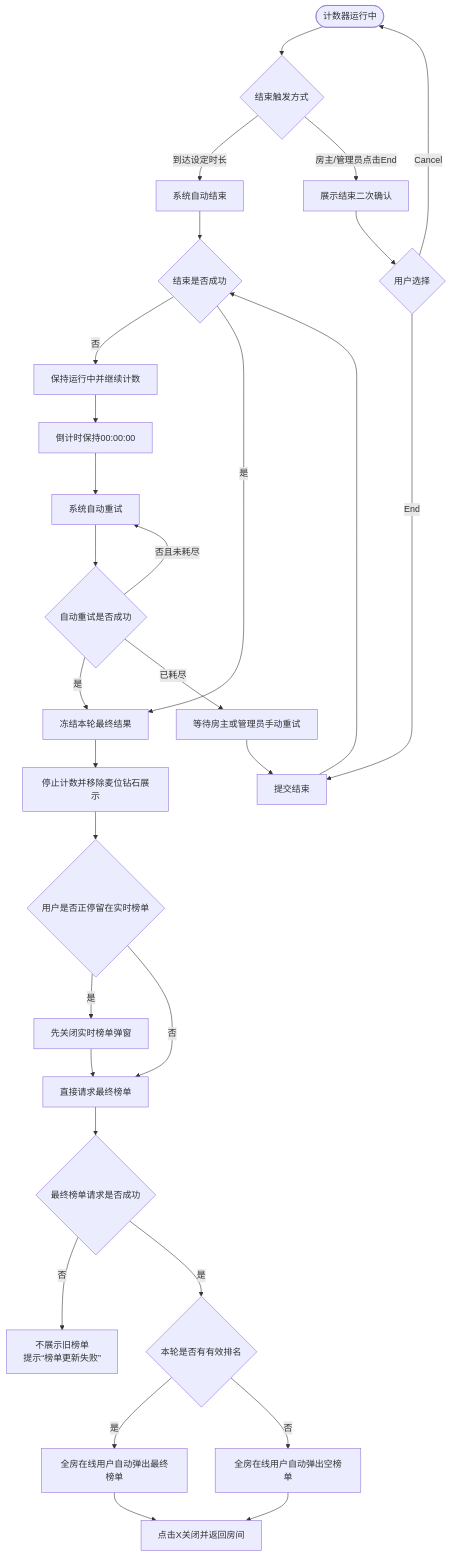
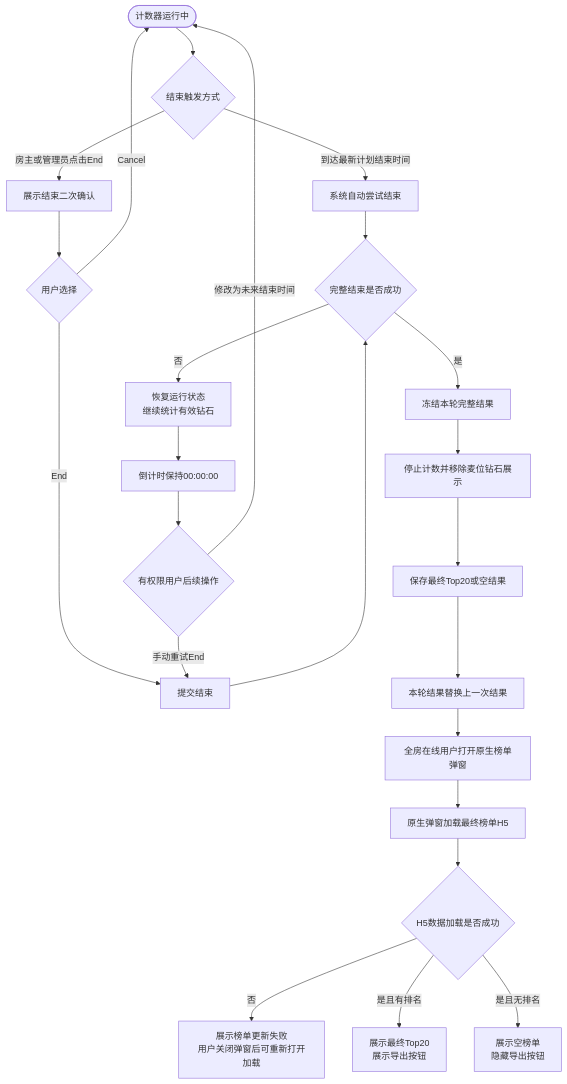
Before and after one commit to Chawucikela/TOP-KHALIJ: the sixth of 8 diagrams in 钻石计数器/钻石计数器_业务流程图.md, drawn with Mermaid. The commit also changed other lines of this file and 16 other files, not shown here.

````diff
--- a/钻石计数器/钻石计数器_业务流程图.md
+++ b/钻石计数器/钻石计数器_业务流程图.md
@@ -135,38 +235,29 @@
 ```mermaid
 flowchart TD
     A([计数器运行中]) --> B{结束触发方式}
-    B -- 到达设定时长 --> C[系统自动结束]
-    B -- 房主/管理员点击End --> D[展示结束二次确认]
+    B -- 到达最新计划结束时间 --> C[系统自动尝试结束]
+    B -- 房主或管理员点击End --> D[展示结束二次确认]
 
     D --> E{用户选择}
     E -- Cancel --> A
     E -- End --> F[提交结束]
-    C --> G{结束是否成功}
+    C --> G{完整结束是否成功}
     F --> G
 
-    G -- 否 --> H[保持运行中并继续计数]
+    G -- 否 --> H[恢复运行状态<br/>继续统计有效钻石]
     H --> I[倒计时保持00:00:00]
-    I --> J[系统自动重试]
-    J --> K{自动重试是否成功}
-    K -- 是 --> L[冻结本轮最终结果]
-    K -- 否且未耗尽 --> J
-    K -- 已耗尽 --> M[等待房主或管理员手动重试]
-    M --> F
+    I --> J{有权限用户后续操作}
+    J -- 手动重试End --> F
+    J -- 修改为未来结束时间 --> A
 
-    G -- 是 --> L
-    L --> N[停止计数并移除麦位钻石展示]
-    N --> O{用户是否正停留在实时榜单}
-
-    O -- 是 --> P[先关闭实时榜单弹窗]
-    O -- 否 --> Q[直接请求最终榜单]
-    P --> Q
-
-    Q --> R{最终榜单请求是否成功}
-    R -- 否 --> S[不展示旧榜单<br/>提示“榜单更新失败”]
-    R -- 是 --> T{本轮是否有有效排名}
-
-    T -- 是 --> U[全房在线用户自动弹出最终榜单]
-    T -- 否 --> V[全房在线用户自动弹出空榜单]
-    U --> W[点击X关闭并返回房间]
-    V --> W
+    G -- 是 --> K[冻结本轮完整结果]
+    K --> L[停止计数并移除麦位钻石展示]
+    L --> M[保存最终Top20或空结果]
+    M --> N[本轮结果替换上一次结果]
+    N --> O[全房在线用户打开原生榜单弹窗]
+    O --> P[原生弹窗加载最终榜单H5]
+    P --> Q{H5数据加载是否成功}
+    Q -- 否 --> R[展示榜单更新失败<br/>用户关闭弹窗后可重新打开加载]
+    Q -- 是且有排名 --> S[展示最终Top20<br/>展示导出按钮]
+    Q -- 是且无排名 --> T[展示空榜单<br/>隐藏导出按钮]
 ```
````
